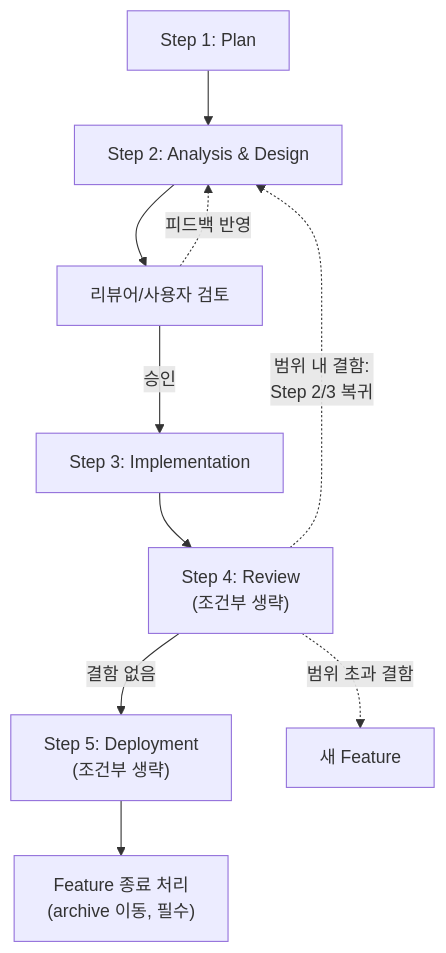
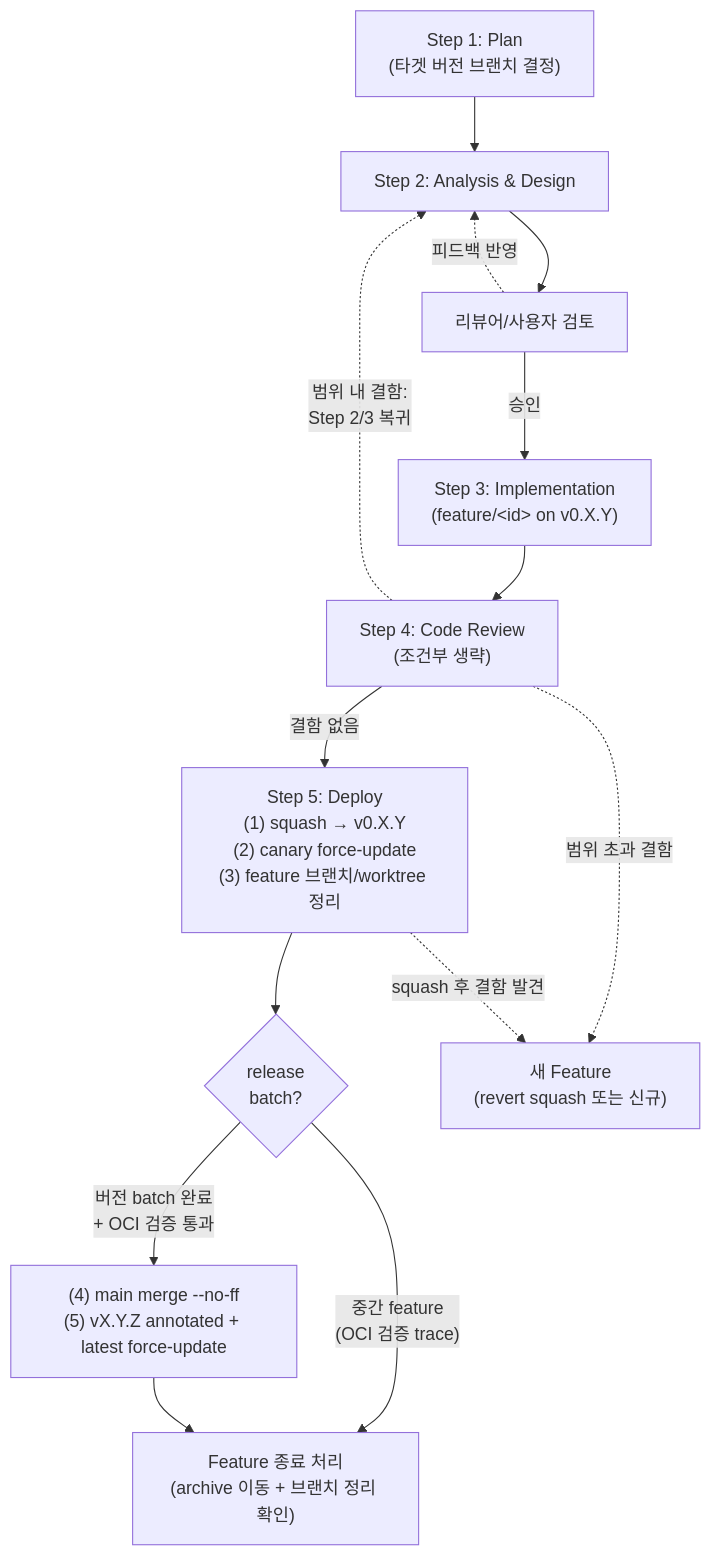
Before and after one commit to im-dongseon/wikihub: the diagram in AGENTS.md, drawn with Mermaid. The commit also changed other lines of this file and 10 other files, not shown here.

First line of the commit message:
refactor(branch_strategy_formalize): main→v0.X.Y→feature 5 액션 git workflow 정립 + install.sh F8 fetch --force (v0.1.8)

````diff
--- a/AGENTS.md
+++ b/AGENTS.md
@@ -40,21 +40,26 @@
 ```mermaid
 flowchart TD
-    Plan["Step 1: Plan"]
+    Plan["Step 1: Plan<br/>(타겟 버전 브랜치 결정)"]
     AD["Step 2: Analysis & Design"]
     Review2["리뷰어/사용자 검토"]
-    Impl["Step 3: Implementation"]
-    Review4["Step 4: Review<br/>(조건부 생략)"]
-    Deploy["Step 5: Deployment<br/>(조건부 생략)"]
-    Close["Feature 종료 처리<br/>(archive 이동, 필수)"]
-    NewF["새 Feature"]
+    Impl["Step 3: Implementation<br/>(feature/&lt;id&gt; on v0.X.Y)"]
+    Review4["Step 4: Code Review<br/>(조건부 생략)"]
+    Deploy["Step 5: Deploy<br/>(1) squash → v0.X.Y<br/>(2) canary force-update<br/>(3) feature 브랜치/worktree 정리"]
+    Release{"release<br/>batch?"}
+    MainMerge["(4) main merge --no-ff<br/>(5) vX.Y.Z annotated + latest force-update"]
+    Close["Feature 종료 처리<br/>(archive 이동 + 브랜치 정리 확인)"]
+    NewF["새 Feature<br/>(revert squash 또는 신규)"]
 
     Plan --> AD
     AD --> Review2
     Review2 -->|승인| Impl
     Review2 -.->|피드백 반영| AD
     Impl --> Review4
     Review4 -.->|"범위 내 결함:<br/>Step 2/3 복귀"| AD
     Review4 -.->|"범위 초과 결함"| NewF
     Review4 -->|결함 없음| Deploy
-    Deploy --> Close
+    Deploy --> Release
+    Release -->|"중간 feature<br/>(OCI 검증 trace)"| Close
+    Release -->|"버전 batch 완료<br/>+ OCI 검증 통과"| MainMerge --> Close
+    Deploy -.->|"squash 후 결함 발견"| NewF
 ```
````
